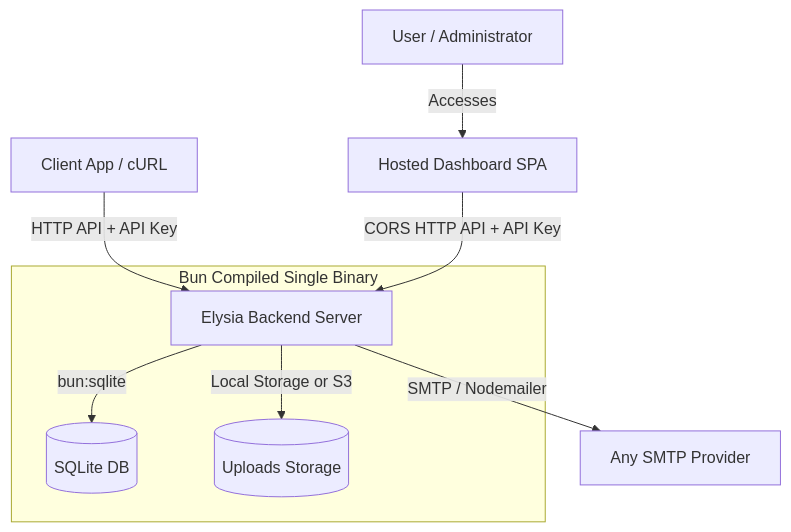
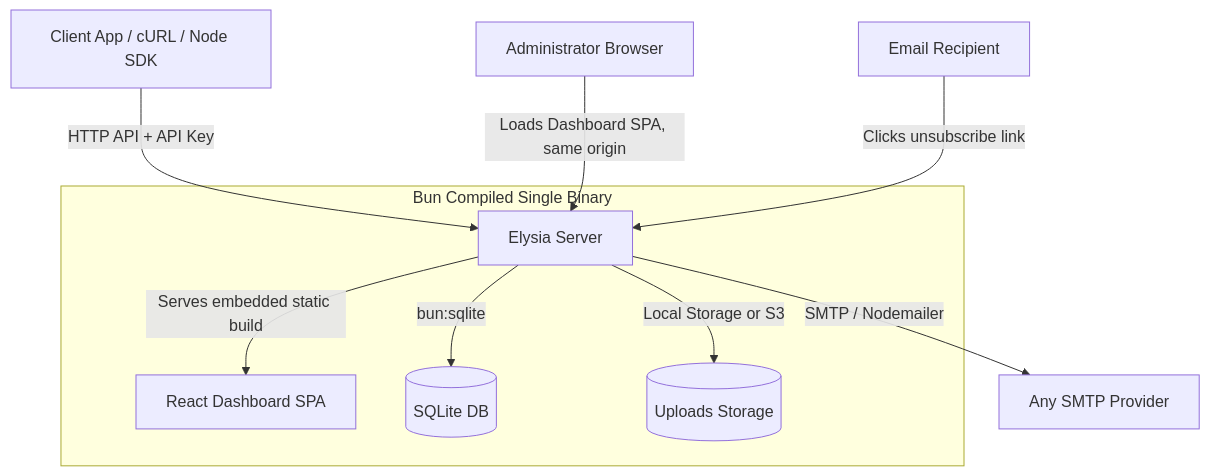
The diagram in project-plan.md (shakthizen/mail-buddy), drawn with Mermaid before and after one commit. The commit also changed other lines of this file and 99 other files, not shown here.

````diff
--- a/project-plan.md
+++ b/project-plan.md
@@ -9,14 +9,15 @@
 ```mermaid
 graph TD
-    Client[Client App / cURL] -->|HTTP API + API Key| Elysia[Elysia Backend Server]
-    User[User / Administrator] -->|Accesses| HostedUI[Hosted Dashboard SPA]
-    HostedUI -->|CORS HTTP API + API Key| Elysia
-    
+    Client[Client App / cURL / Node SDK] -->|HTTP API + API Key| Elysia[Elysia Server]
+    Admin[Administrator Browser] -->|Loads Dashboard SPA, same origin| Elysia
+    Recipient[Email Recipient] -->|Clicks unsubscribe link| Elysia
+
     subgraph Single Executable [Bun Compiled Single Binary]
         Elysia
+        Elysia -->|Serves embedded static build| SPA[React Dashboard SPA]
         Elysia -->|bun:sqlite| SQLite[(SQLite DB)]
         Elysia -->|Local Storage or S3| Storage[(Uploads Storage)]
     end
-    
+
     Elysia -->|SMTP / Nodemailer| SMTP[Any SMTP Provider]
 ```
````
